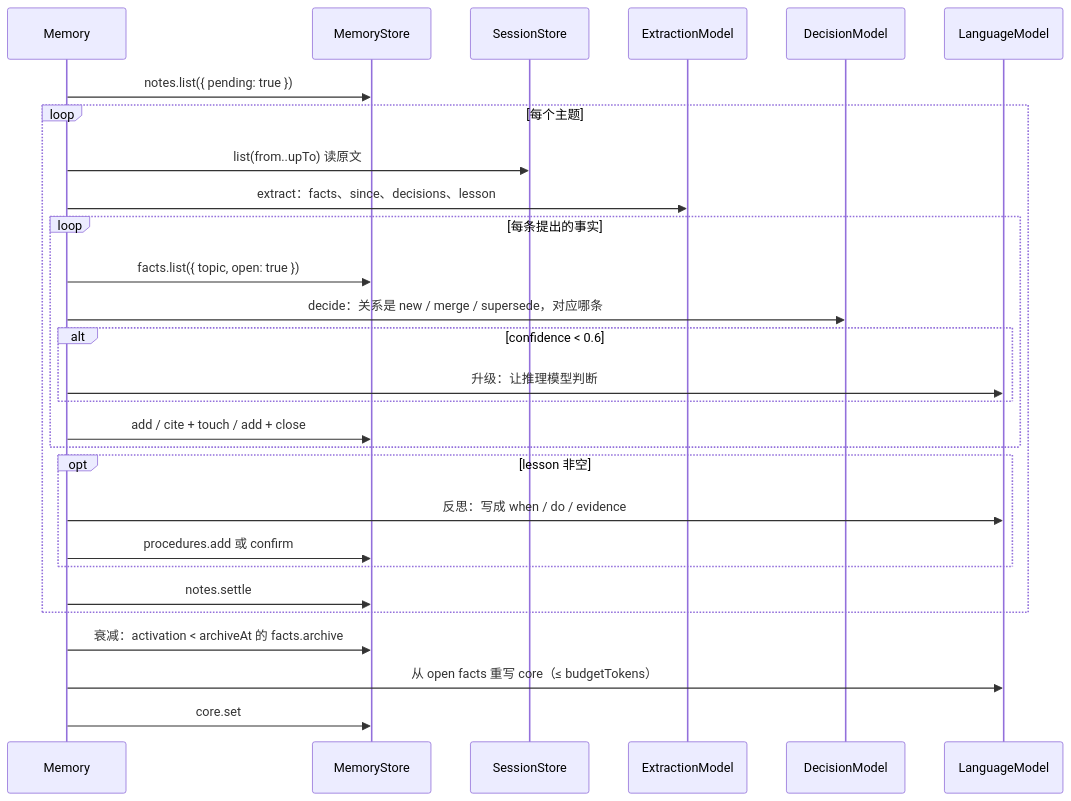
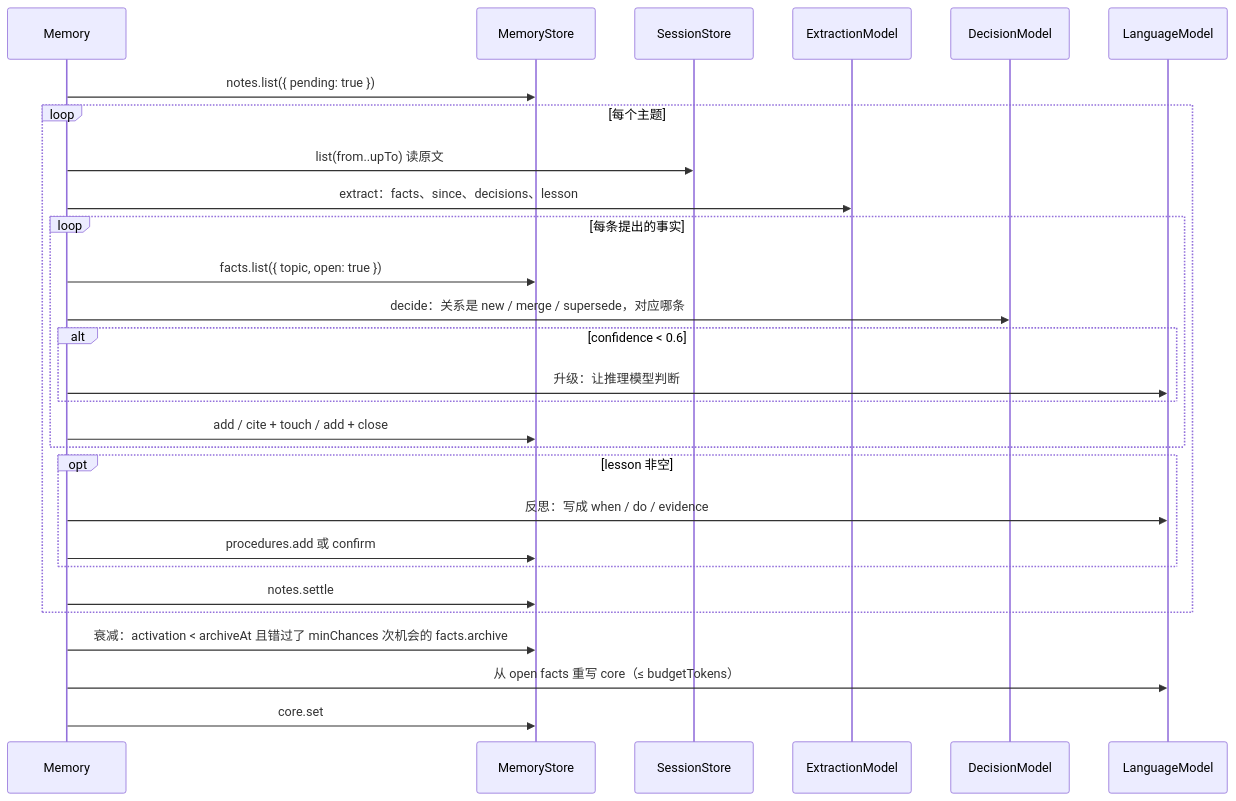
Before and after one commit to modelctx-ai/ctx: the fourth of 5 diagrams in docs/architecture.md, drawn with Mermaid. The commit also changed other lines of this file and 22 other files, not shown here.

````diff
--- a/docs/architecture.md
+++ b/docs/architecture.md
@@ -633,30 +645,30 @@
 ```mermaid
 sequenceDiagram
   participant M as Memory
   participant S as MemoryStore
   participant L as SessionStore
   participant X as ExtractionModel
   participant D as DecisionModel
   participant LM as LanguageModel
   M->>S: notes.list({ pending: true })
   loop 每个主题
     M->>L: list(from..upTo) 读原文
     M->>X: extract：facts、since、decisions、lesson
     loop 每条提出的事实
       M->>S: facts.list({ topic, open: true })
       M->>D: decide：关系是 new / merge / supersede，对应哪条
       alt confidence < 0.6
         M->>LM: 升级：让推理模型判断
       end
       M->>S: add / cite + touch / add + close
     end
     opt lesson 非空
       M->>LM: 反思：写成 when / do / evidence
       M->>S: procedures.add 或 confirm
     end
     M->>S: notes.settle
   end
-  M->>S: 衰减：activation < archiveAt 的 facts.archive
+  M->>S: 衰减：activation < archiveAt 且错过了 minChances 次机会的 facts.archive
   M->>LM: 从 open facts 重写 core（≤ budgetTokens）
   M->>S: core.set
 ```
````
